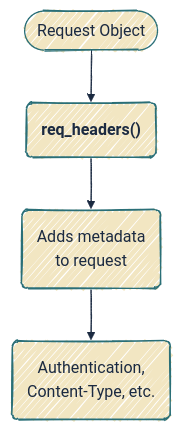
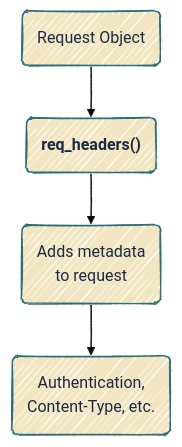
One commit to mjfrigaard/do4ds-labs changed the first of 4 diagrams in httr2.qmd. Above: the diagram before and after it, drawn with Mermaid. The commit also changed other lines of this file and 37 other files, not shown here.

Commit message:
updates to mermaid

````diff
--- a/httr2.qmd
+++ b/httr2.qmd
@@ -37,12 +37,13 @@
 ```{mermaid}
 %%| fig-width: 6.5
 %%| fig-align: center
-%%{init: {'theme': 'base', 'look': 'handDrawn', 'themeVariables': { 'fontFamily': 'monospace', 'primaryColor': '#F2E6C2', 'primaryBorderColor': '#2A6F77', 'primaryTextColor': '#1B2A41', 'secondaryColor': '#d4e7e4', 'tertiaryColor': '#f5f0e4', 'lineColor': '#1B2A41', 'edgeLabelBackground': '#F2E6C2'}}}%%
+%%{init: {'theme': 'base', 'look': 'handDrawn', 'themeVariables': {'fontFamily': 'monospace'}}}%%
 
 graph TD
-	A(["Request Object"]) --> B("<strong>req_headers()</strong>")
+	A("Request Object") --> B("<strong>req_headers()</strong>")
 	B --> C("Adds metadata<br>to request")
 	C --> D("Authentication,<br>Content-Type, etc.")
+    classDef default fill:#F2E6C2,stroke:#2A6F77,color:#1B2A41
 
 
 ```
````
